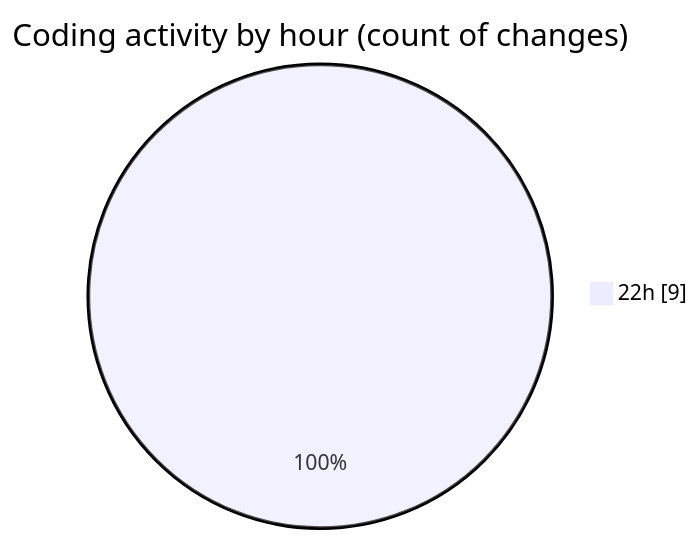
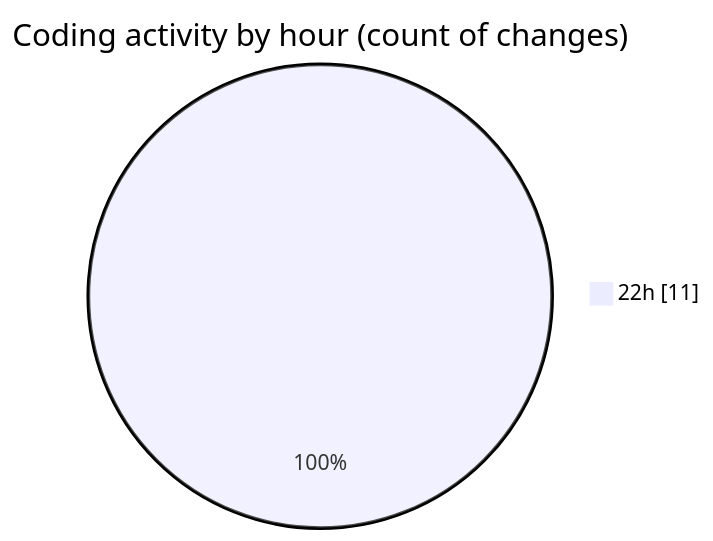
The second of 2 diagrams in 2025-03-03/tetris/README.md (robertbonfada/code-tracking), drawn with Mermaid before and after one commit. The commit also changed other lines of this file and 1 other file, not shown here.

````diff
--- a/2025-03-03/tetris/README.md
+++ b/2025-03-03/tetris/README.md
@@ -32,5 +32,5 @@
 ```mermaid
 pie showData
 title Coding activity by hour (count of changes)
-"22h" : 9
+"22h" : 11
 ```
````
